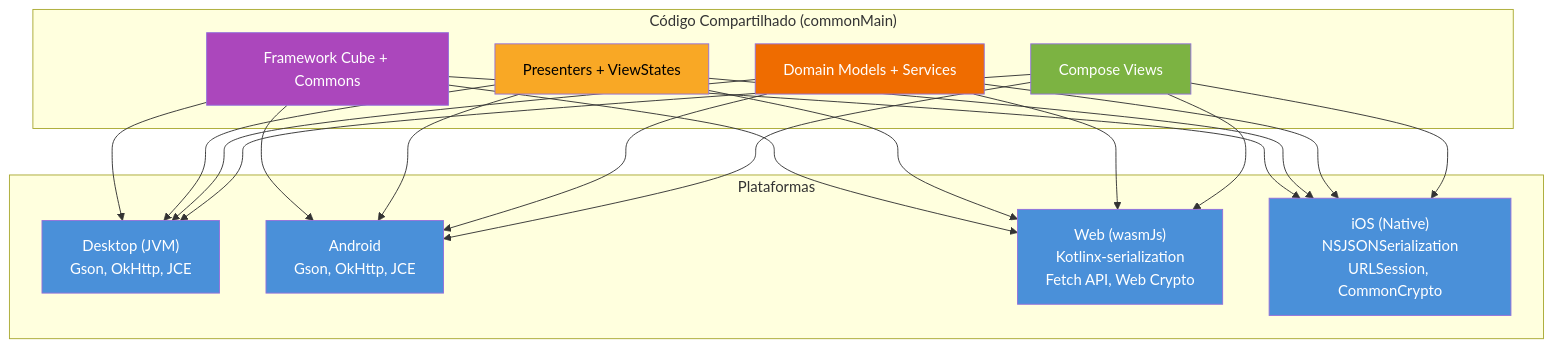
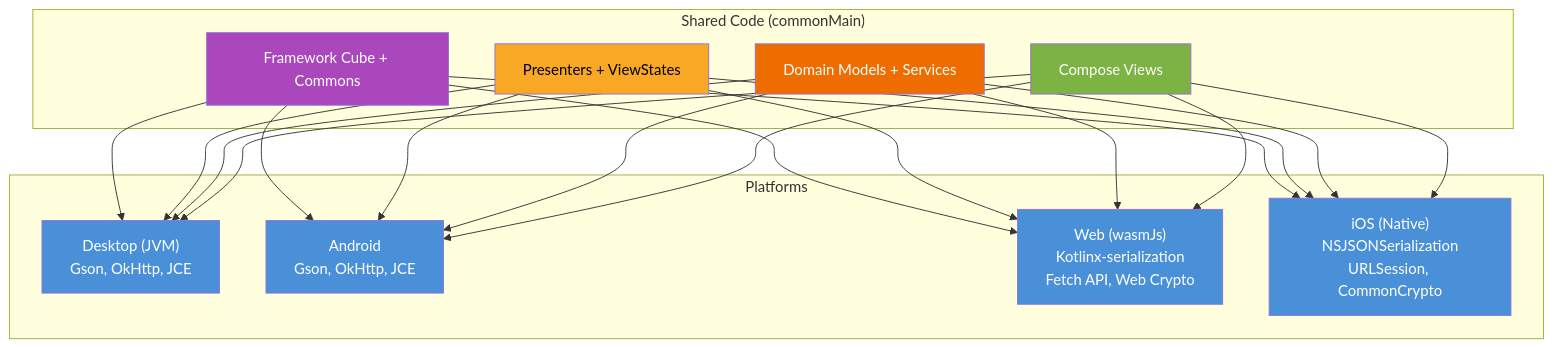
One commit to mrcdom/wdc-cube-kotlin changed the third of 10 diagrams in docs/architecture.md. Above: the diagram before and after it, drawn with Mermaid. The commit also changed other lines of this file and 10 other files, not shown here.

First line of the commit message:
docs: architecture docs and top-level READMEs in US English

````diff
--- a/docs/architecture.md
+++ b/docs/architecture.md
@@ -184,42 +184,42 @@
 ```mermaid
 graph TB
-    subgraph "Código Compartilhado (commonMain)"
+    subgraph "Shared Code (commonMain)"
         FW[Framework Cube + Commons]
         PRES[Presenters + ViewStates]
         DOM[Domain Models + Services]
         VIEW[Compose Views]
     end
 
-    subgraph "Plataformas"
+    subgraph "Platforms"
         JVM["Desktop (JVM)<br/>Gson, OkHttp, JCE"]
         AND["Android<br/>Gson, OkHttp, JCE"]
         WASM["Web (wasmJs)<br/>Kotlinx-serialization<br/>Fetch API, Web Crypto"]
         IOSN["iOS (Native)<br/>NSJSONSerialization<br/>URLSession, CommonCrypto"]
     end
 
     FW --> JVM
     FW --> AND
     FW --> WASM
     FW --> IOSN
     PRES --> JVM
     PRES --> AND
     PRES --> WASM
     PRES --> IOSN
     DOM --> JVM
     DOM --> AND
     DOM --> WASM
     DOM --> IOSN
     VIEW --> JVM
     VIEW --> AND
     VIEW --> WASM
     VIEW --> IOSN
 
     style FW fill:#ab47bc,color:#fff
     style PRES fill:#f9a825,color:#000
     style DOM fill:#ef6c00,color:#fff
     style VIEW fill:#7cb342,color:#fff
     style JVM fill:#4a90d9,color:#fff
     style AND fill:#4a90d9,color:#fff
     style WASM fill:#4a90d9,color:#fff
     style IOSN fill:#4a90d9,color:#fff
 ```
````
